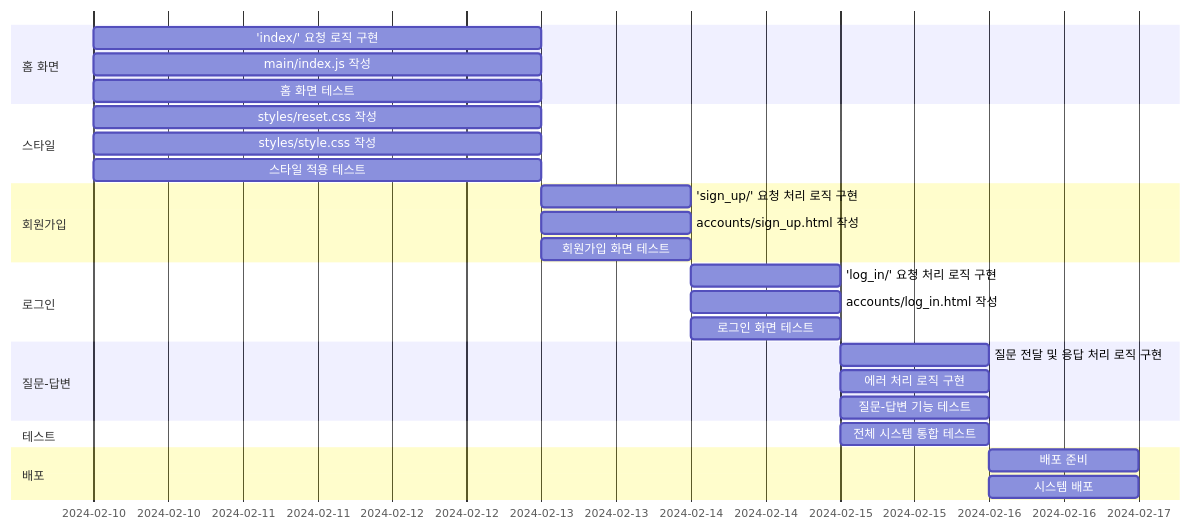
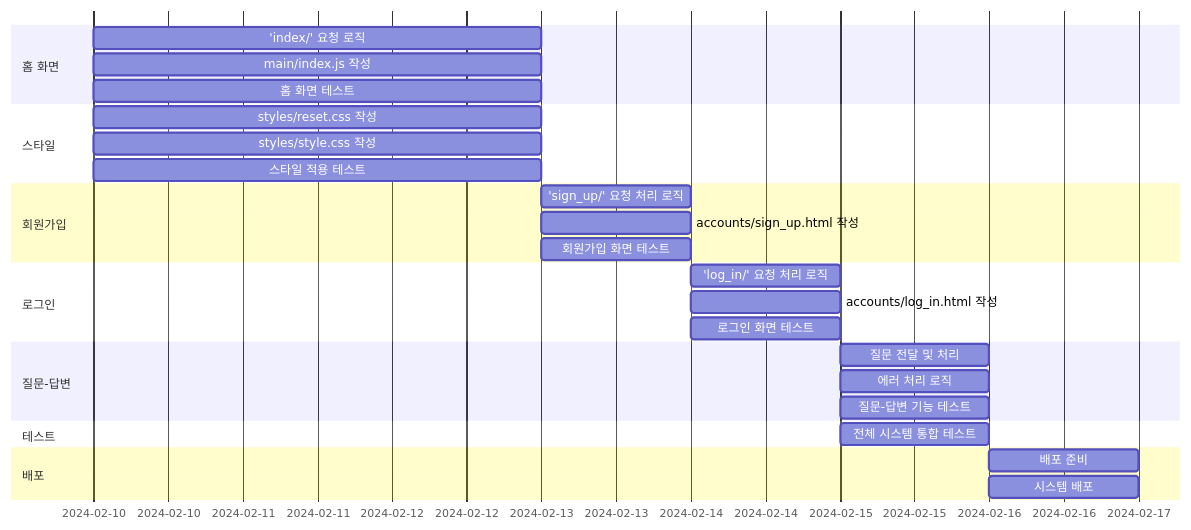
Before and after one commit to TheRealParkJoohyung/product-pricing: the second of 2 diagrams in README.md, drawn with Mermaid.

````diff
--- a/README.md
+++ b/README.md
@@ -138,38 +138,38 @@
 ```mermaid
 gantt
     todayMarker off
 dateFormat YYYY-MM-DD
 
 section 홈 화면
-'index/' 요청 로직 구현 :2024-02-10, 3d
+'index/' 요청 로직 :2024-02-10, 3d
 main/index.js 작성 :2024-02-10, 3d
 홈 화면 테스트 :2024-02-10, 3d
 
 section 스타일
 styles/reset.css 작성 :2024-02-10, 3d
 styles/style.css 작성 :2024-02-10, 3d
 스타일 적용 테스트 :2024-02-10, 3d
 
 section 회원가입
-'sign_up/' 요청 처리 로직 구현 :2024-02-13, 1d
+'sign_up/' 요청 처리 로직 :2024-02-13, 1d
 accounts/sign_up.html 작성 :2024-02-13, 1d
 회원가입 화면 테스트 :2024-02-13, 1d
 
 section 로그인
-'log_in/' 요청 처리 로직 구현 :2024-02-14, 1d
+'log_in/' 요청 처리 로직 :2024-02-14, 1d
 accounts/log_in.html 작성 :2024-02-14, 1d
 로그인 화면 테스트 :2024-02-14, 1d
 
 section 질문-답변
-질문 전달 및 응답 처리 로직 구현 :2024-02-15, 1d
-에러 처리 로직 구현 :2024-02-15, 1d
+질문 전달 및 처리 :2024-02-15, 1d
+에러 처리 로직 :2024-02-15, 1d
 질문-답변 기능 테스트 :2024-02-15, 1d
 
 section 테스트
 전체 시스템 통합 테스트 :2024-02-15, 1d
 
 section 배포
 배포 준비 :2024-02-16, 1d
 시스템 배포 :2024-02-16, 1d
 
 ```
````
